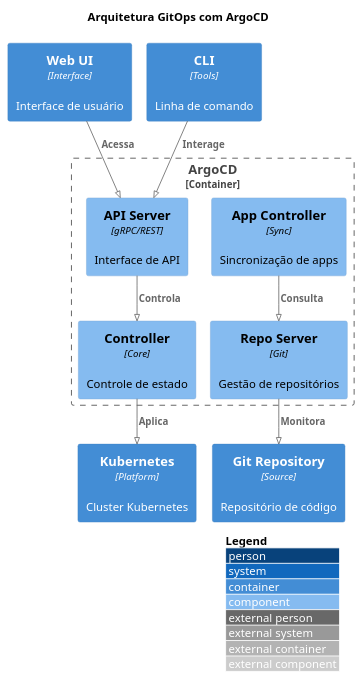
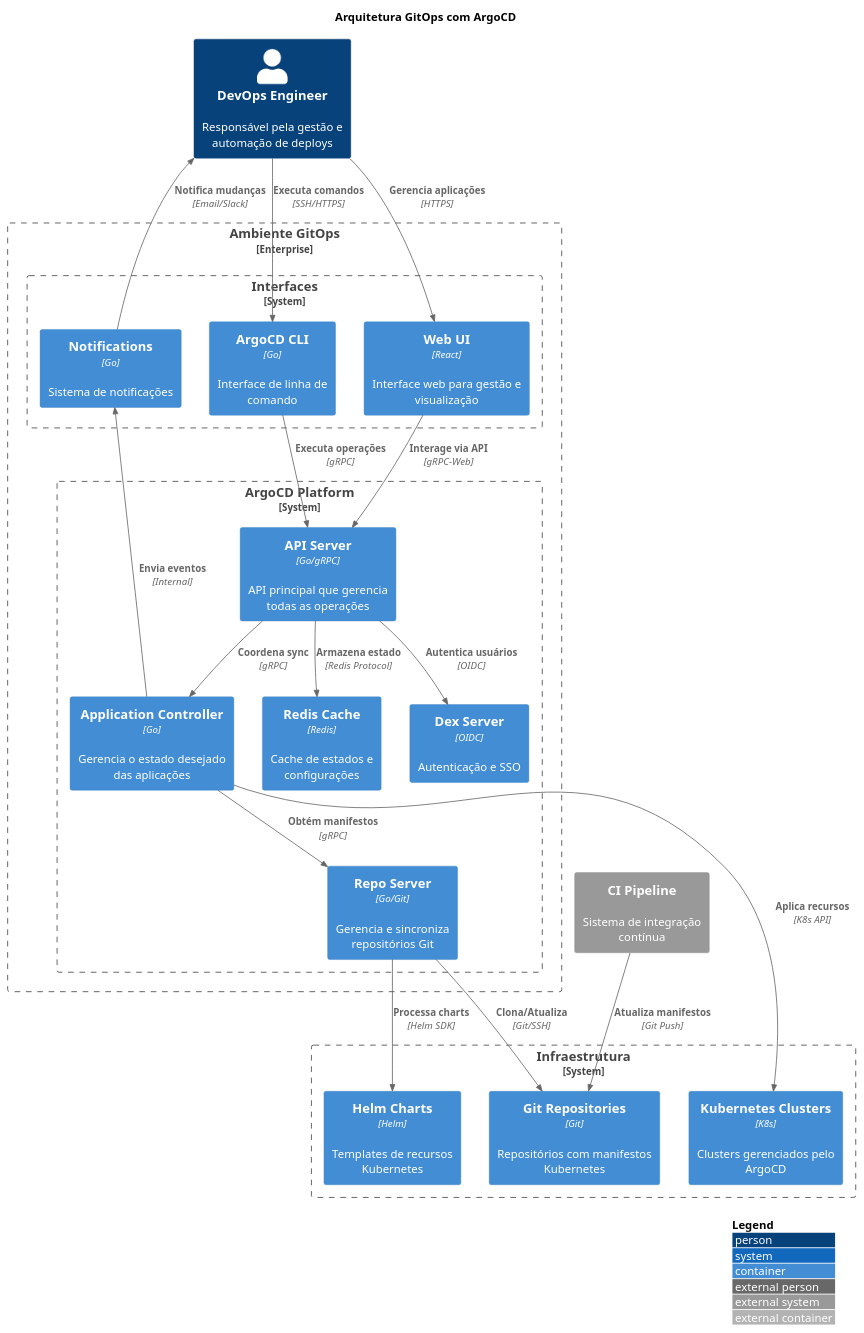
One commit to tiagonpsilva/architecture-decision-records changed the diagram in diagrams/adr-054-argocd-gitops.puml. Above: the diagram before and after it, drawn with PlantUML. The commit also changed 30 other files, not shown here.

Commit message:
feat: atualização dos diagramas C4 e adição de novos ADRs (Redis, AWS, ElasticSearch, ArgoCD, Datadog)

```diff
--- a/diagrams/adr-054-argocd-gitops.puml
+++ b/diagrams/adr-054-argocd-gitops.puml
@@ -1,31 +1,54 @@
 @startuml
-!pragma layout smetana
-' version 1.2023.7
-!include C4_Container.puml
-
-!include https://raw.githubusercontent.com/plantuml-stdlib/C4-PlantUML/master/C4_Component.puml
+!include https://raw.githubusercontent.com/plantuml-stdlib/C4-PlantUML/master/C4_Container.puml
 
 LAYOUT_WITH_LEGEND()
 
 title Arquitetura GitOps com ArgoCD
 
-Container_Boundary(argocd, "ArgoCD") {
-    Component(controller, "Controller", "Core", "Controle de estado")
-    Component(repo_server, "Repo Server", "Git", "Gestão de repositórios")
-    Component(api_server, "API Server", "gRPC/REST", "Interface de API")
-    Component(app_controller, "App Controller", "Sync", "Sincronização de apps")
+Person(devops, "DevOps Engineer", "Responsável pela gestão e automação de deploys")
+
+Enterprise_Boundary(gitops, "Ambiente GitOps") {
+    System_Boundary(argocd, "ArgoCD Platform") {
+        Container(api_server, "API Server", "Go/gRPC", "API principal que gerencia todas as operações")
+        Container(controller, "Application Controller", "Go", "Gerencia o estado desejado das aplicações")
+        Container(repo_server, "Repo Server", "Go/Git", "Gerencia e sincroniza repositórios Git")
+        Container(redis, "Redis Cache", "Redis", "Cache de estados e configurações")
+        Container(dex, "Dex Server", "OIDC", "Autenticação e SSO")
+    }
+
+    System_Boundary(interfaces, "Interfaces") {
+        Container(ui, "Web UI", "React", "Interface web para gestão e visualização")
+        Container(cli, "ArgoCD CLI", "Go", "Interface de linha de comando")
+        Container(notifications, "Notifications", "Go", "Sistema de notificações")
+    }
 }
 
-Container(git, "Git Repository", "Source", "Repositório de código")
-Container(k8s, "Kubernetes", "Platform", "Cluster Kubernetes")
-Container(ui, "Web UI", "Interface", "Interface de usuário")
-Container(cli, "CLI", "Tools", "Linha de comando")
+System_Boundary(infrastructure, "Infraestrutura") {
+    Container(git, "Git Repositories", "Git", "Repositórios com manifestos Kubernetes")
+    Container(k8s, "Kubernetes Clusters", "K8s", "Clusters gerenciados pelo ArgoCD")
+    Container(helm, "Helm Charts", "Helm", "Templates de recursos Kubernetes")
+}
 
-Rel(controller, k8s, "Aplica")
-Rel(repo_server, git, "Monitora")
-Rel(app_controller, repo_server, "Consulta")
-Rel(api_server, controller, "Controla")
-Rel(ui, api_server, "Acessa")
-Rel(cli, api_server, "Interage")
+System_Ext(ci, "CI Pipeline", "Sistema de integração contínua")
+
+Rel(devops, ui, "Gerencia aplicações", "HTTPS")
+Rel(devops, cli, "Executa comandos", "SSH/HTTPS")
+
+Rel(ci, git, "Atualiza manifestos", "Git Push")
+
+Rel(api_server, dex, "Autentica usuários", "OIDC")
+Rel(api_server, redis, "Armazena estado", "Redis Protocol")
+Rel(api_server, controller, "Coordena sync", "gRPC")
+
+Rel(controller, repo_server, "Obtém manifestos", "gRPC")
+Rel(controller, k8s, "Aplica recursos", "K8s API")
+Rel(repo_server, git, "Clona/Atualiza", "Git/SSH")
+Rel(repo_server, helm, "Processa charts", "Helm SDK")
+
+Rel(ui, api_server, "Interage via API", "gRPC-Web")
+Rel(cli, api_server, "Executa operações", "gRPC")
+
+Rel(controller, notifications, "Envia eventos", "Internal")
+Rel(notifications, devops, "Notifica mudanças", "Email/Slack")
 
 @enduml 
```
